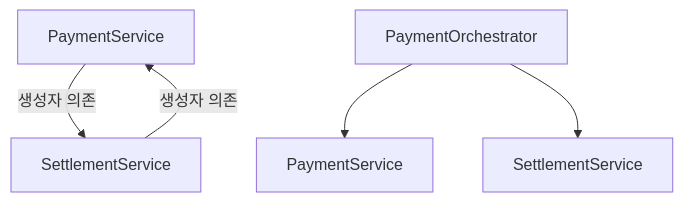
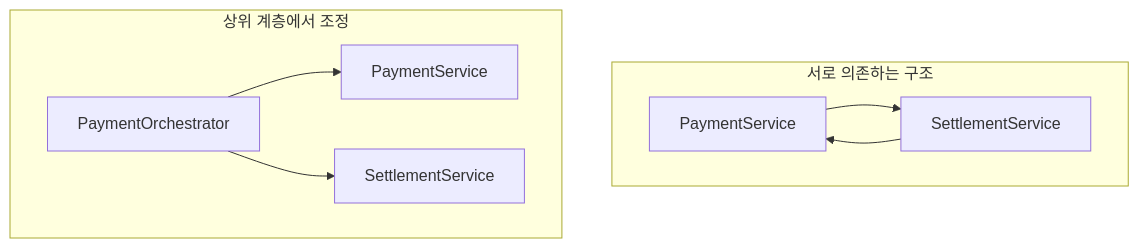
Before and after one commit to cxuxmxx/worklog: the second of 3 diagrams in spring/container-bean-lifecycle.md, drawn with Mermaid. The commit also changed other lines of this file, not shown here.

````diff
--- a/spring/container-bean-lifecycle.md
+++ b/spring/container-bean-lifecycle.md
@@ -801,7 +710,11 @@
 ```mermaid
 flowchart TD
-    A["PaymentService"] -->|"생성자 의존"| B["SettlementService"]
-    B -->|"생성자 의존"| A
-    C["PaymentOrchestrator"] --> D["PaymentService"]
-    C --> E["SettlementService"]
+    subgraph Before["서로 의존하는 구조"]
+        A["PaymentService"] --> B["SettlementService"]
+        B --> A
+    end
+    subgraph After["상위 계층에서 조정"]
+        C["PaymentOrchestrator"] --> D["PaymentService"]
+        C --> E["SettlementService"]
+    end
 ```
````
